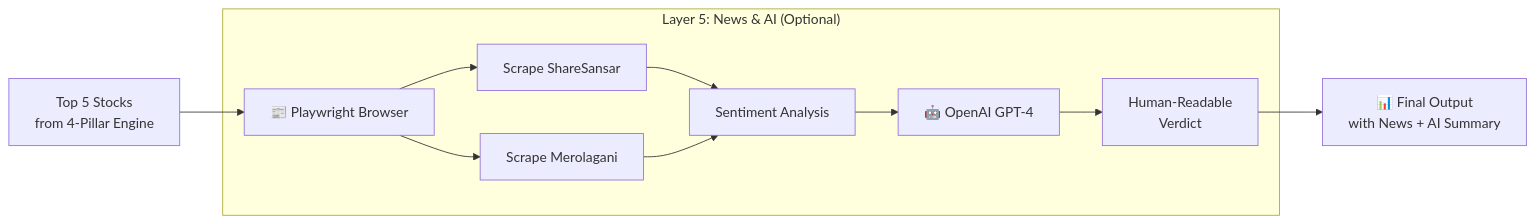
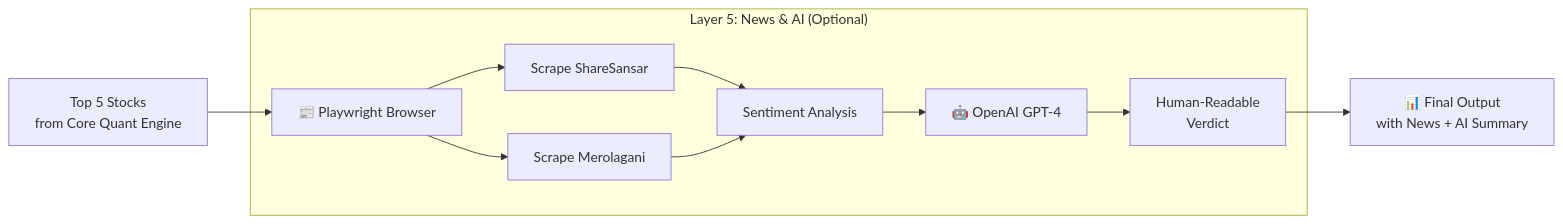
Before and after one commit to sijanpaudel14/Nepse: the fourth of 7 diagrams in USER_GUIDE.md, drawn with Mermaid. The commit also changed other lines of this file and 9 other files, not shown here.

````diff
--- a/USER_GUIDE.md
+++ b/USER_GUIDE.md
@@ -198,17 +212,17 @@
 ```mermaid
 flowchart LR
     subgraph "Layer 5: News & AI (Optional)"
         N1["📰 Playwright Browser"]
         N2["Scrape ShareSansar"]
         N3["Scrape Merolagani"]
         N4["Sentiment Analysis"]
         A1["🤖 OpenAI GPT-4"]
         A2["Human-Readable<br/>Verdict"]
     end
     
-    TopPicks["Top 5 Stocks<br/>from 4-Pillar Engine"] --> N1
+    TopPicks["Top 5 Stocks<br/>from Core Quant Engine"] --> N1
     N1 --> N2 --> N4
     N1 --> N3 --> N4
     N4 --> A1 --> A2
     A2 --> FinalOutput["📊 Final Output<br/>with News + AI Summary"]
 ```
````
